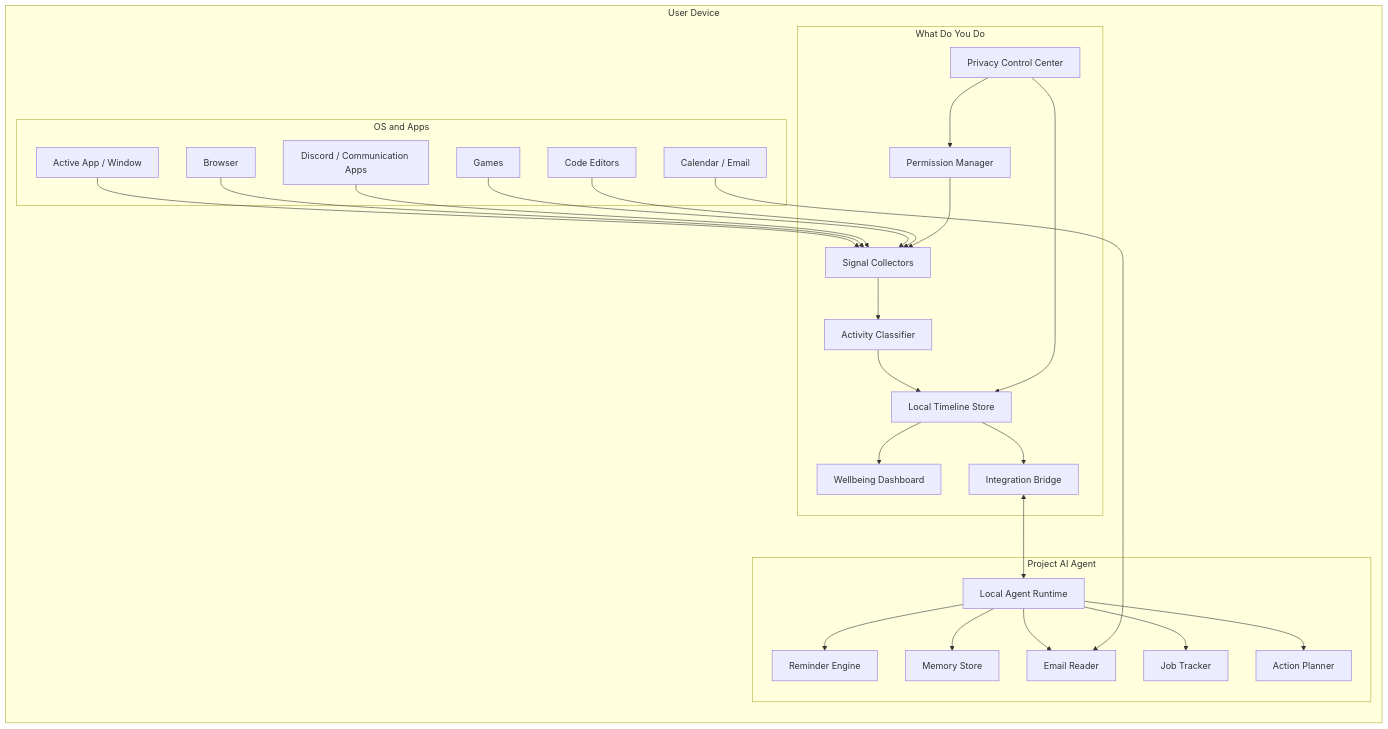
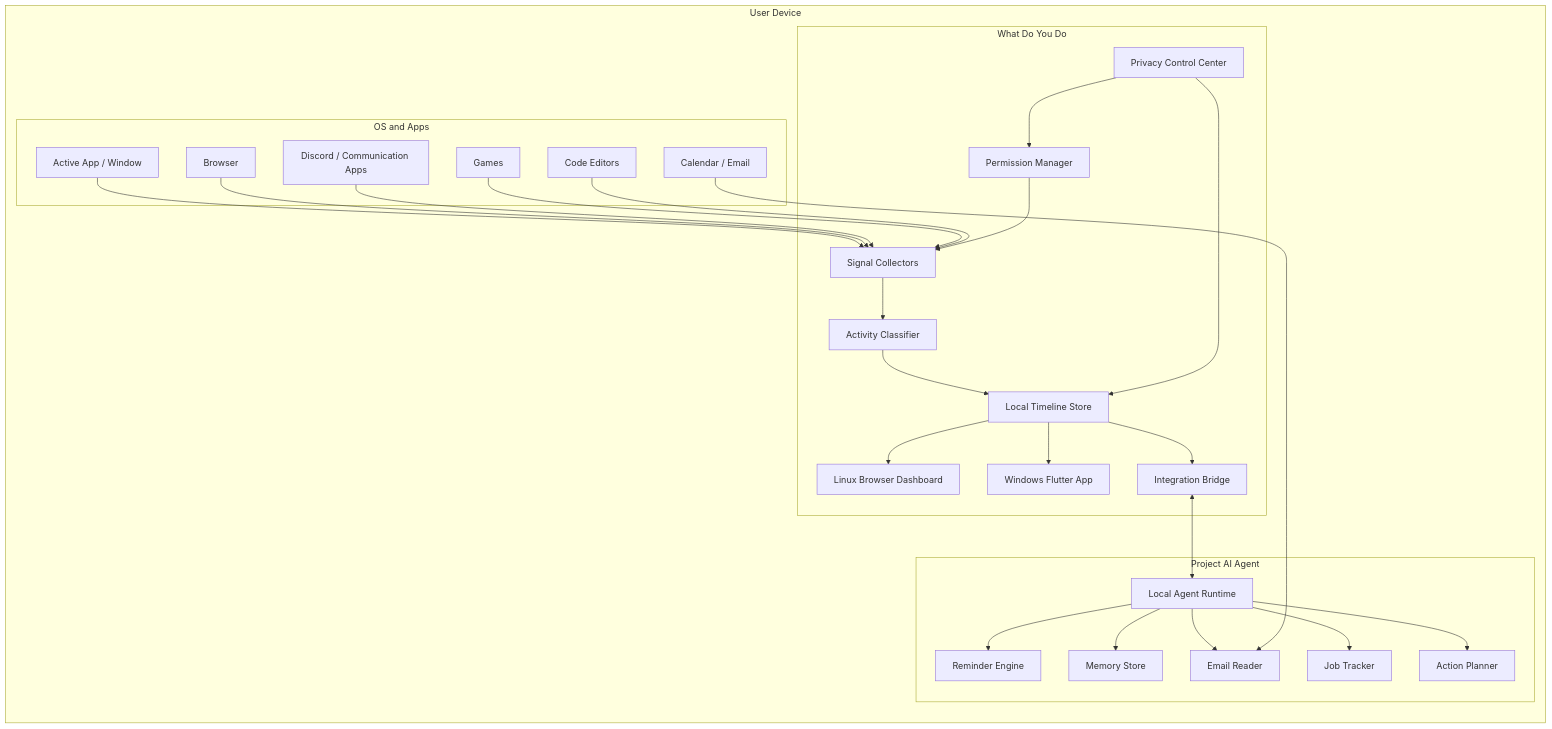
One commit to AnuranjanJain/what-do-you-do changed the second of 6 diagrams in projects/architecture.md. Above: the diagram before and after it, drawn with Mermaid. The commit also changed other lines of this file and 3 other files, not shown here.

Commit message:
docs: clarify Linux browser and Windows app split

````diff
--- a/projects/architecture.md
+++ b/projects/architecture.md
@@ -52,52 +63,54 @@
 ```mermaid
 flowchart LR
     subgraph Device["User Device"]
         subgraph WDYD["What Do You Do"]
             A["Permission Manager"]
             B["Signal Collectors"]
             C["Activity Classifier"]
             D["Local Timeline Store"]
-            E["Wellbeing Dashboard"]
+            E["Linux Browser Dashboard"]
+            W["Windows Flutter App"]
             F["Privacy Control Center"]
             G["Integration Bridge"]
         end
 
         subgraph Agent["Project AI Agent"]
             H["Local Agent Runtime"]
             I["Reminder Engine"]
             J["Memory Store"]
             K["Email Reader"]
             L["Job Tracker"]
             M["Action Planner"]
         end
 
         subgraph OS["OS and Apps"]
             N["Active App / Window"]
             O["Browser"]
             P["Discord / Communication Apps"]
             Q["Games"]
             R["Code Editors"]
             S["Calendar / Email"]
         end
 
         N --> B
         O --> B
         P --> B
         Q --> B
         R --> B
         A --> B
         B --> C
         C --> D
         D --> E
+        D --> W
         F --> A
         F --> D
         D --> G
         G <--> H
         H --> I
         H --> J
         H --> K
         H --> L
         H --> M
         S --> K
     end
 ```
````
